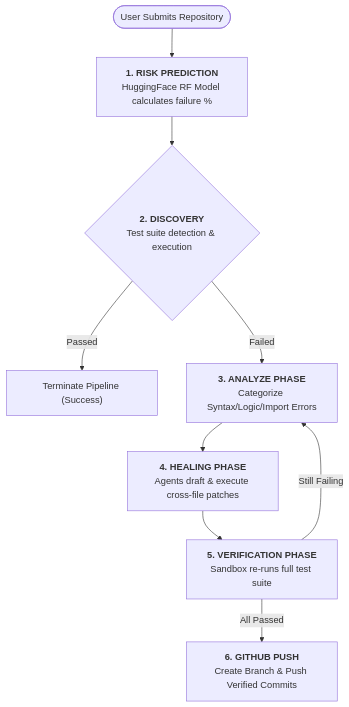
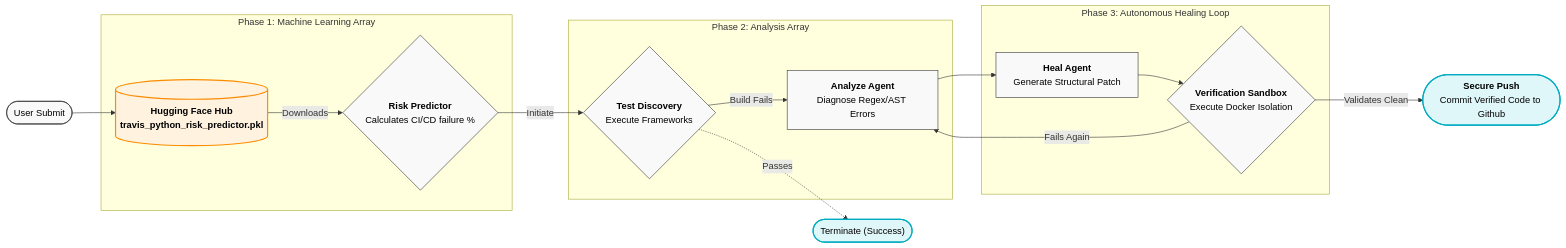
The diagram in README.md (AshrafGalaxy/Machine_Learning), drawn with Mermaid before and after one commit.

Commit message:
docs: redesign architecture diagram into landscape mode and incorporate Hugging Face model fetching logic

````diff
--- a/README.md
+++ b/README.md
@@ -94,16 +94,31 @@
 ```mermaid
-graph TD
-    Sub([User Submits Repository]) --> S1["<b>1. RISK PREDICTION</b><br/>HuggingFace RF Model calculates failure %"]
+graph LR
+    classDef model fill:#FFF3E0,stroke:#FB8C00,stroke-width:2px,color:black,font-weight:bold
+    classDef default fill:#f9f9f9,stroke:#333,stroke-width:1px,color:black
+    classDef success fill:#E0F7FA,stroke:#00ACC1,stroke-width:2px,color:black
+
+    Sub([User Submit]) --> HF
     
-    S1 --> S2{"<b>2. DISCOVERY</b><br/>Test suite detection & execution"}
+    subgraph Phase 1: Machine Learning Array
+        HF[("<b>Hugging Face Hub</b><br/>travis_python_risk_predictor.pkl")]:::model --> |Downloads| S1
+        S1{"<b>Risk Predictor</b><br/>Calculates CI/CD failure %"}
+    end
     
-    S2 -->|"Passed"| N1["Terminate Pipeline (Success)"]
-    S2 -->|"Failed"| N2["<b>3. ANALYZE PHASE</b><br/>Categorize Syntax/Logic/Import Errors"]
+    S1 --> |Initiate| S2
     
-    N2 --> S3["<b>4. HEALING PHASE</b><br/>Agents draft & execute cross-file patches"]
+    subgraph Phase 2: Analysis Array
+        S2{"<b>Test Discovery</b><br/>Execute Frameworks"}
+        S2 -->|"Build Fails"| N2["<b>Analyze Agent</b><br/>Diagnose Regex/AST Errors"]
+    end
     
-    S3 --> S4["<b>5. VERIFICATION PHASE</b><br/>Sandbox re-runs full test suite"]
+    S2 -.-> |Passes| N1(["Terminate (Success)"]):::success
+    N2 --> S3
     
-    S4 -->|"Still Failing"| N2
-    S4 -->|"All Passed"| S5["<b>6. GITHUB PUSH</b><br/>Create Branch & Push Verified Commits"]
+    subgraph Phase 3: Autonomous Healing Loop
+        S3["<b>Heal Agent</b><br/>Generate Structural Patch"] --> S4
+        S4{"<b>Verification Sandbox</b><br/>Execute Docker Isolation"}
+        S4 -->|"Fails Again"| N2
+    end
+    
+    S4 -->|"Validates Clean"| S5(["<b>Secure Push</b><br/>Commit Verified Code to Github"]):::success
 ```
````
